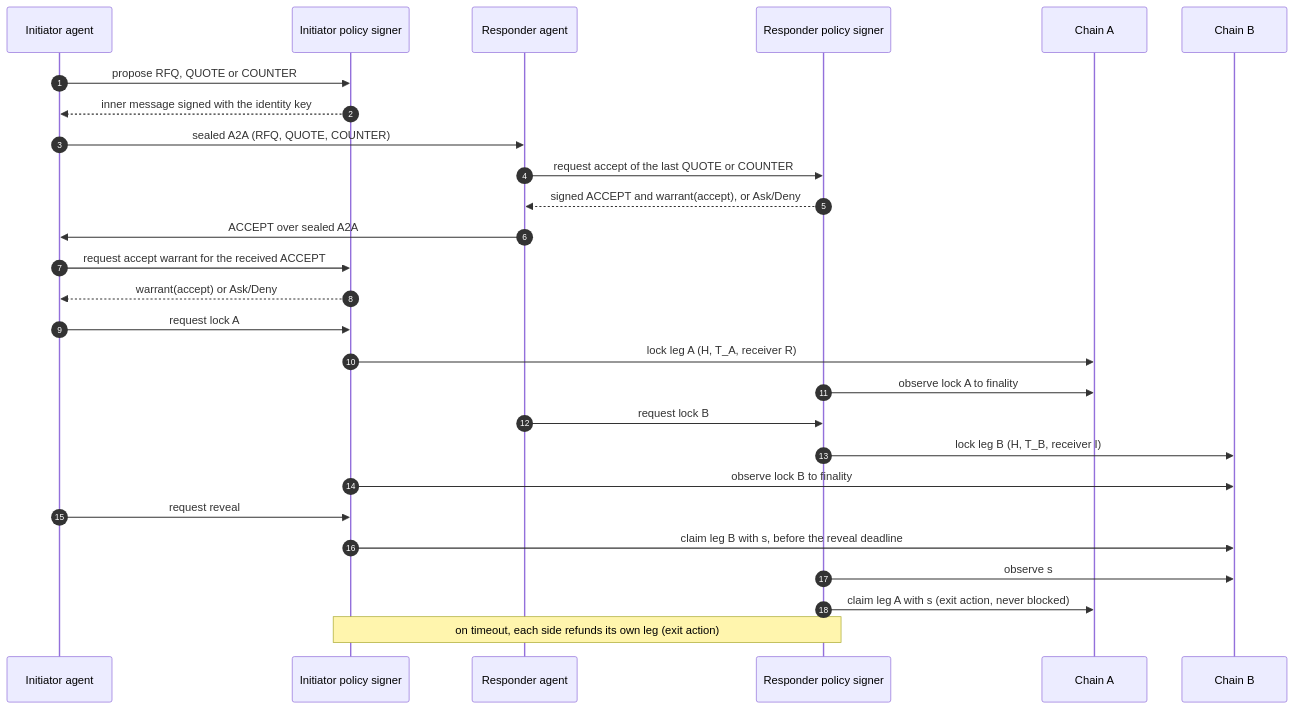
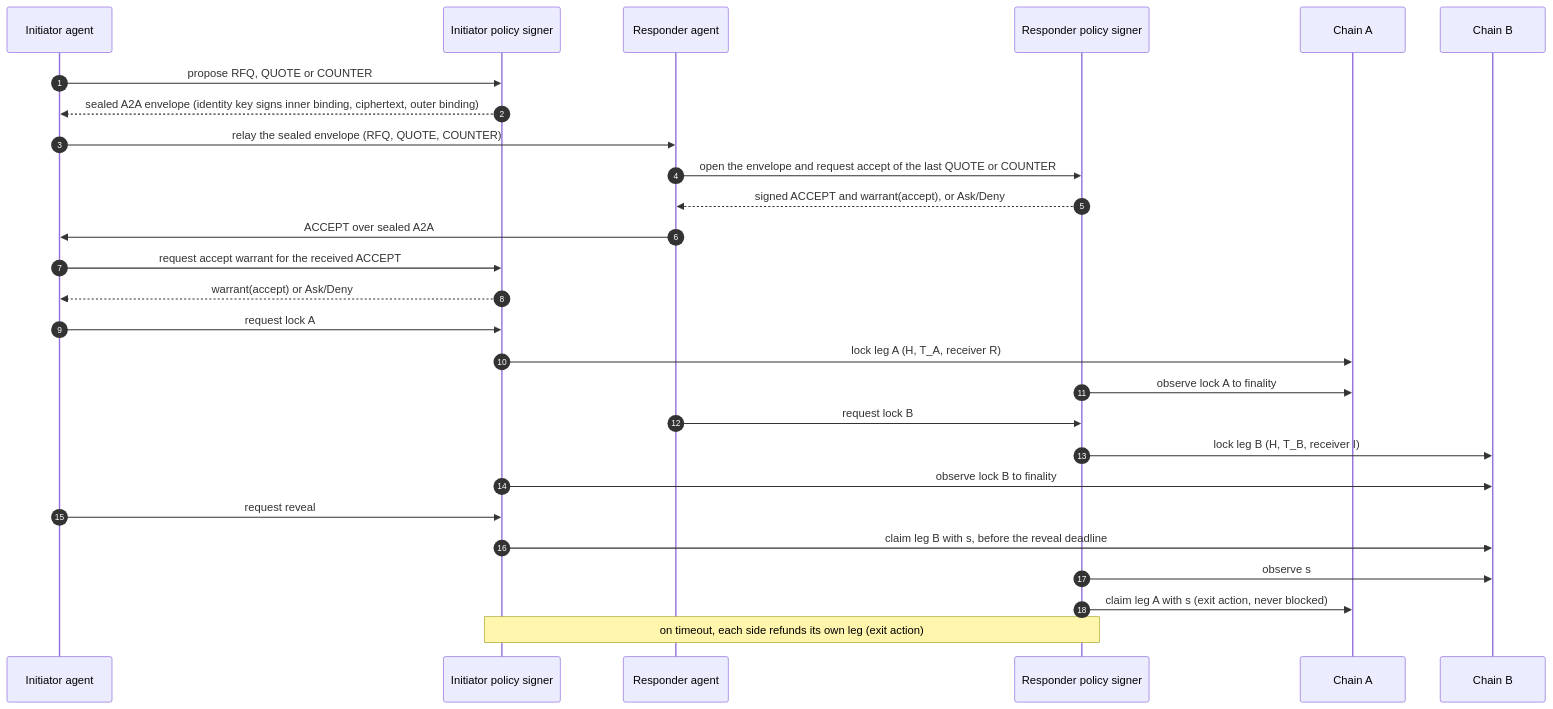
One commit to mnemonik-xyz/warrant changed the first of 2 diagrams in swap/spec.md. Above: the diagram before and after it, drawn with Mermaid. The commit also changed other lines of this file and 2 other files, not shown here.

````diff
--- a/swap/spec.md
+++ b/swap/spec.md
@@ -172,30 +172,30 @@
 ```mermaid
 sequenceDiagram
   autonumber
   participant IA as Initiator agent
   participant IS as Initiator policy signer
   participant RA as Responder agent
   participant RS as Responder policy signer
   participant A as Chain A
   participant B as Chain B
 
   IA->>IS: propose RFQ, QUOTE or COUNTER
-  IS-->>IA: inner message signed with the identity key
-  IA->>RA: sealed A2A (RFQ, QUOTE, COUNTER)
-  RA->>RS: request accept of the last QUOTE or COUNTER
+  IS-->>IA: sealed A2A envelope (identity key signs inner binding, ciphertext, outer binding)
+  IA->>RA: relay the sealed envelope (RFQ, QUOTE, COUNTER)
+  RA->>RS: open the envelope and request accept of the last QUOTE or COUNTER
   RS-->>RA: signed ACCEPT and warrant(accept), or Ask/Deny
   RA->>IA: ACCEPT over sealed A2A
   IA->>IS: request accept warrant for the received ACCEPT
   IS-->>IA: warrant(accept) or Ask/Deny
   IA->>IS: request lock A
   IS->>A: lock leg A (H, T_A, receiver R)
   RS->>A: observe lock A to finality
   RA->>RS: request lock B
   RS->>B: lock leg B (H, T_B, receiver I)
   IS->>B: observe lock B to finality
   IA->>IS: request reveal
   IS->>B: claim leg B with s, before the reveal deadline
   RS->>B: observe s
   RS->>A: claim leg A with s (exit action, never blocked)
   Note over IS,RS: on timeout, each side refunds its own leg (exit action)
 ```
````
